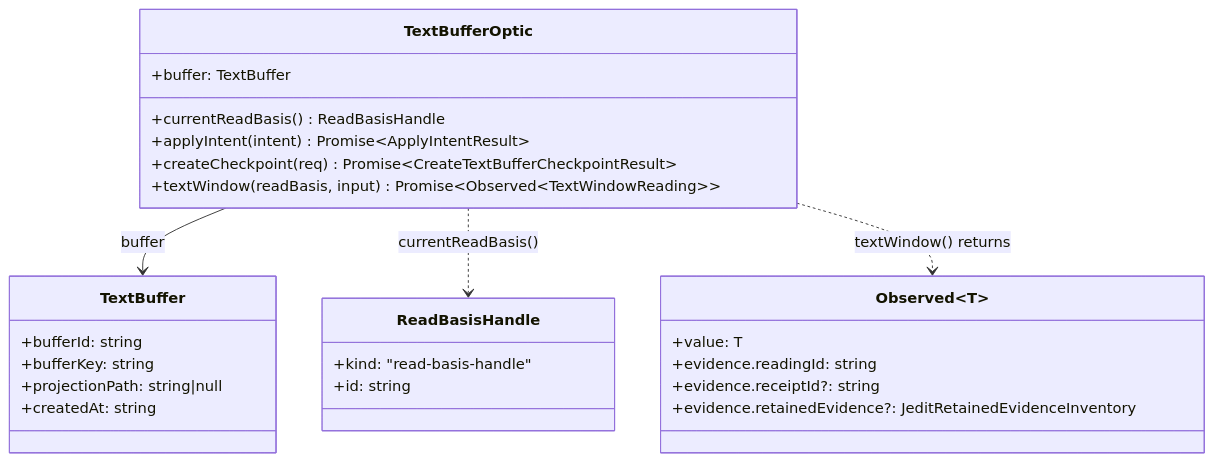
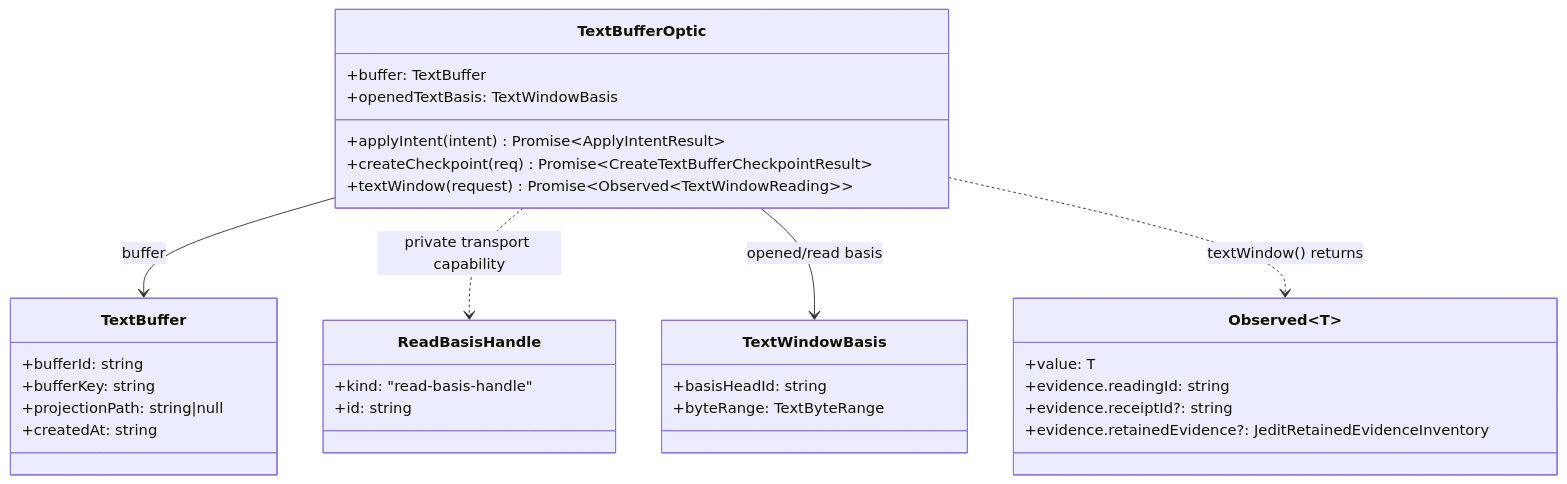
Diagram 15 of 22 in docs/technical-teardown.md (flyingrobots/jedit), drawn with Mermaid before and after one commit. The commit also changed other lines of this file and 52 other files, not shown here.

Commit message:
Require basis-pinned text window reads

````diff
--- a/docs/technical-teardown.md
+++ b/docs/technical-teardown.md
@@ -1224,30 +1228,35 @@
 ```mermaid
 classDiagram
     class TextBufferOptic {
         +buffer: TextBuffer
-        +currentReadBasis() ReadBasisHandle
+        +openedTextBasis: TextWindowBasis
         +applyIntent(intent) Promise~ApplyIntentResult~
         +createCheckpoint(req) Promise~CreateTextBufferCheckpointResult~
-        +textWindow(readBasis, input) Promise~Observed~TextWindowReading~~
+        +textWindow(request) Promise~Observed~TextWindowReading~~
     }
     class ReadBasisHandle {
         +kind: "read-basis-handle"
         +id: string
+    }
+    class TextWindowBasis {
+        +basisHeadId: string
+        +byteRange: TextByteRange
     }
     class TextBuffer {
         +bufferId: string
         +bufferKey: string
         +projectionPath: string|null
         +createdAt: string
     }
     class Observed~T~ {
         +value: T
         +evidence.readingId: string
         +evidence.receiptId?: string
         +evidence.retainedEvidence?: JeditRetainedEvidenceInventory
     }
 
     TextBufferOptic --> TextBuffer : buffer
-    TextBufferOptic ..> ReadBasisHandle : currentReadBasis()
+    TextBufferOptic ..> ReadBasisHandle : private transport capability
+    TextBufferOptic --> TextWindowBasis : opened/read basis
     TextBufferOptic ..> Observed : textWindow() returns
 ```
````
